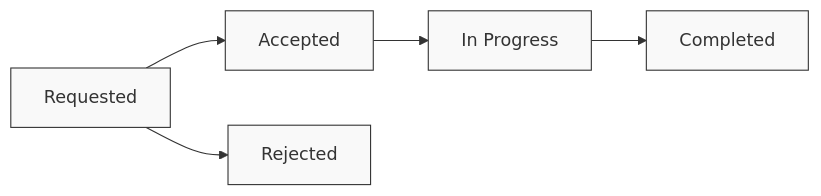
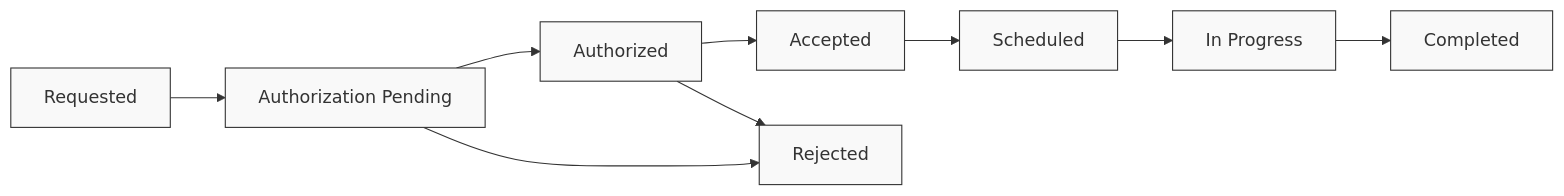
The diagram in packages/docs/docs/careplans/referrals/transmition-and-tracking.md (medplum/medplum), drawn with Mermaid before and after one commit. The commit also changed other lines of this file, not shown here.

````diff
--- a/packages/docs/docs/careplans/referrals/transmition-and-tracking.md
+++ b/packages/docs/docs/careplans/referrals/transmition-and-tracking.md
@@ -13,18 +109,23 @@
 ```mermaid
-
 flowchart LR
   requested[Requested]
+  authPending[Authorization Pending]
+  authorized[Authorized]
   accepted[Accepted]
   rejected[Rejected]
+  scheduled[Scheduled]
   inProgress[In Progress]
   completed[Completed]
   
-  requested --> accepted
-  requested --> rejected
-  accepted --> inProgress
+  requested --> authPending
+  authPending --> authorized
+  authPending --> rejected
+  authorized --> accepted
+  authorized --> rejected
+  accepted --> scheduled
+  scheduled --> inProgress
   inProgress --> completed
 
   classDef status fill:#f9f9f9,stroke:#333,stroke-width:1px;
-  class requested,accepted,rejected,inProgress,completed status;
-
+  class requested,authPending,authorized,accepted,rejected,scheduled,inProgress,completed status;
 ```
````
